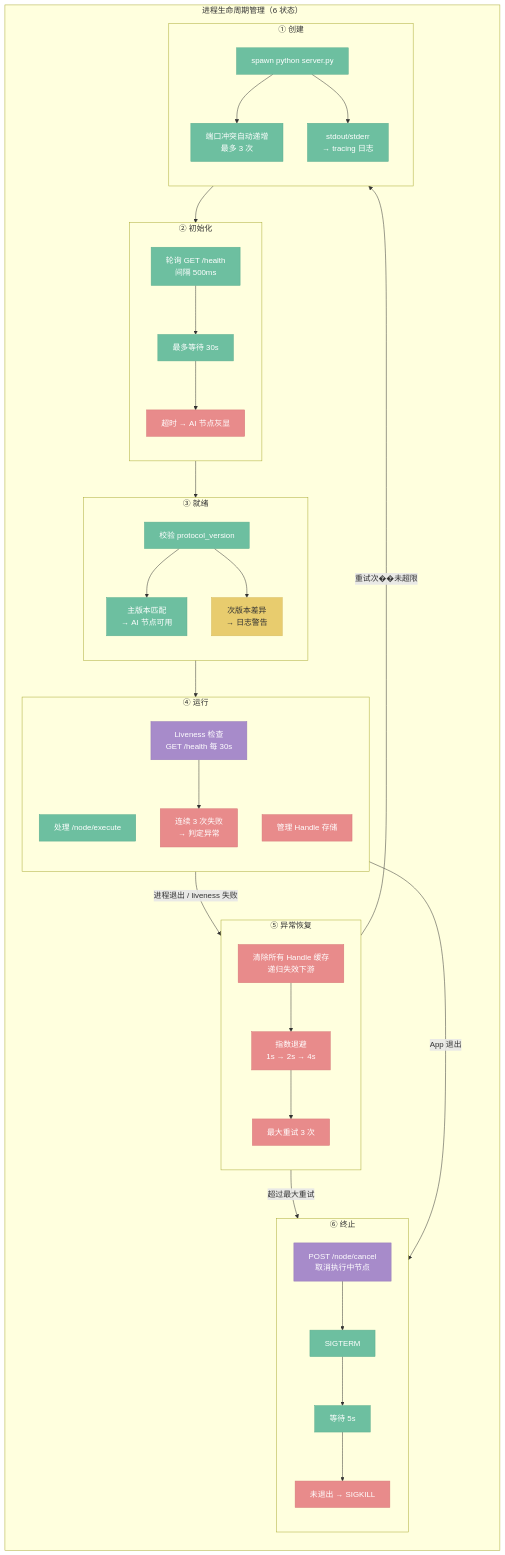
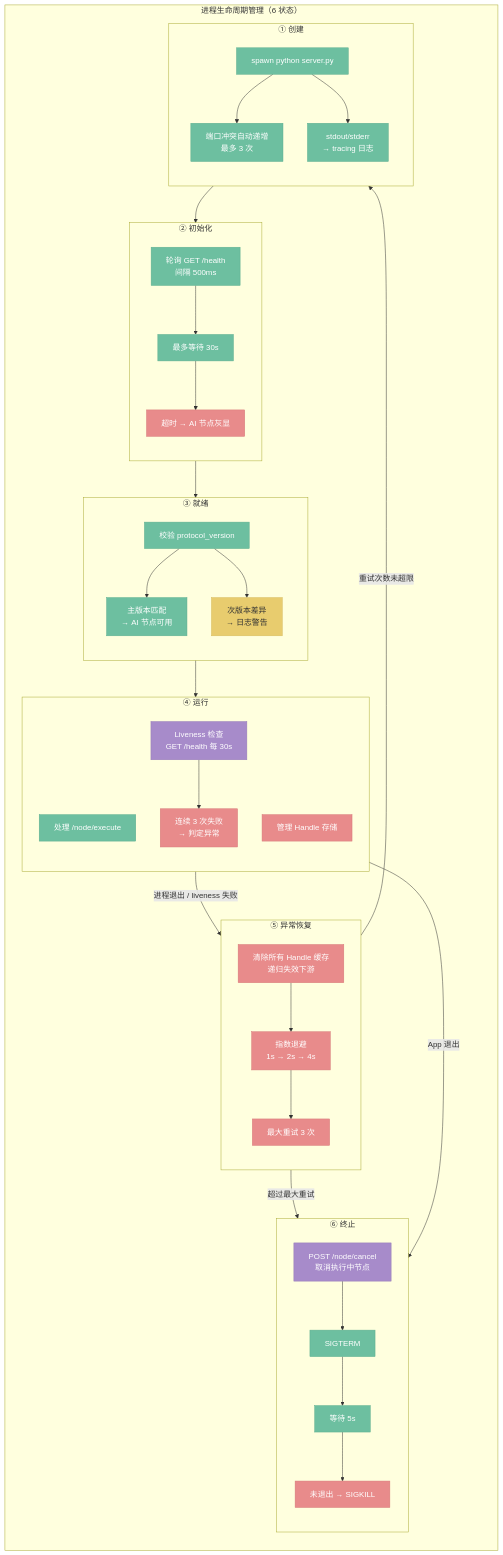
One commit to aporicho/nodeimg changed the first of 2 diagrams in docs/targetv2/51-python-lifecycle.md. Above: the diagram before and after it, drawn with Mermaid. The commit also changed 12 other files, not shown here.

````diff
--- a/docs/targetv2/51-python-lifecycle.md
+++ b/docs/targetv2/51-python-lifecycle.md
@@ -10,74 +10,74 @@
 ```mermaid
 flowchart TB
     classDef frontend    fill:#6C9BCF,stroke:#5A89BD,color:#fff
     classDef transport   fill:#A78BCA,stroke:#9579B8,color:#fff
     classDef service     fill:#6DBFA0,stroke:#5BAD8E,color:#fff
     classDef ai          fill:#E88B8B,stroke:#D67979,color:#fff
     classDef api         fill:#E8A87C,stroke:#D6966A,color:#fff
     classDef foundation  fill:#E8CC6E,stroke:#D6BA5C,color:#333
     classDef compute     fill:#6DB8AD,stroke:#5BA69B,color:#fff
     classDef future      fill:#B0B8C1,stroke:#9EA6AF,color:#fff,stroke-dasharray:5 5
 
     subgraph LIFECYCLE["进程生命周期管理（6 状态）"]
         direction TB
 
         subgraph LC_S1["① 创建"]
             direction TB
             LC1_SPAWN["spawn python server.py"]:::service
             LC1_PORT["端口冲突自动递增\n最多 3 次"]:::service
             LC1_LOG["stdout/stderr\n→ tracing 日志"]:::service
             LC1_SPAWN --> LC1_PORT
             LC1_SPAWN --> LC1_LOG
         end
 
         subgraph LC_S2["② 初始化"]
             direction TB
             LC2_POLL["轮询 GET /health\n间隔 500ms"]:::service
             LC2_TIMEOUT["最多等待 30s"]:::service
             LC2_FAIL["超时 → AI 节点灰显"]:::ai
             LC2_POLL --> LC2_TIMEOUT
             LC2_TIMEOUT --> LC2_FAIL
         end
 
         subgraph LC_S3["③ 就绪"]
             direction TB
             LC3_VER["校验 protocol_version"]:::service
             LC3_OK["主版本匹配\n→ AI 节点可用"]:::service
             LC3_WARN["次版本差异\n→ 日志警告"]:::foundation
             LC3_VER --> LC3_OK
             LC3_VER --> LC3_WARN
         end
 
         subgraph LC_S4["④ 运行"]
             direction TB
             LC4_SERVE["处理 /node/execute"]:::service
             LC4_HANDLE["管理 Handle 存储"]:::ai
             LC4_LIVE["Liveness 检查\nGET /health 每 30s"]:::transport
             LC4_FAIL["连续 3 次失败\n→ 判定异常"]:::ai
             LC4_LIVE --> LC4_FAIL
         end
 
         subgraph LC_S5["⑤ 异常恢复"]
             direction TB
             LC5_CLEAN["清除所有 Handle 缓存\n递归失效下游"]:::ai
             LC5_BACKOFF["指数退避\n1s → 2s → 4s"]:::ai
             LC5_LIMIT["最大重试 3 次"]:::ai
             LC5_CLEAN --> LC5_BACKOFF --> LC5_LIMIT
         end
 
         subgraph LC_S6["⑥ 终止"]
             direction TB
             LC6_CANCEL["POST /node/cancel\n取消执行中节点"]:::transport
             LC6_TERM["SIGTERM"]:::service
             LC6_WAIT["等待 5s"]:::service
             LC6_KILL["未退出 → SIGKILL"]:::ai
             LC6_CANCEL --> LC6_TERM --> LC6_WAIT --> LC6_KILL
         end
 
         LC_S1 --> LC_S2 --> LC_S3 --> LC_S4
         LC_S4 -->|"进程退出 / liveness 失败"| LC_S5
-        LC_S5 -->|"重试次��未超限"| LC_S1
+        LC_S5 -->|"重试次数未超限"| LC_S1
         LC_S5 -->|"超过最大重试"| LC_S6
         LC_S4 -->|"App 退出"| LC_S6
     end
 ```
````
